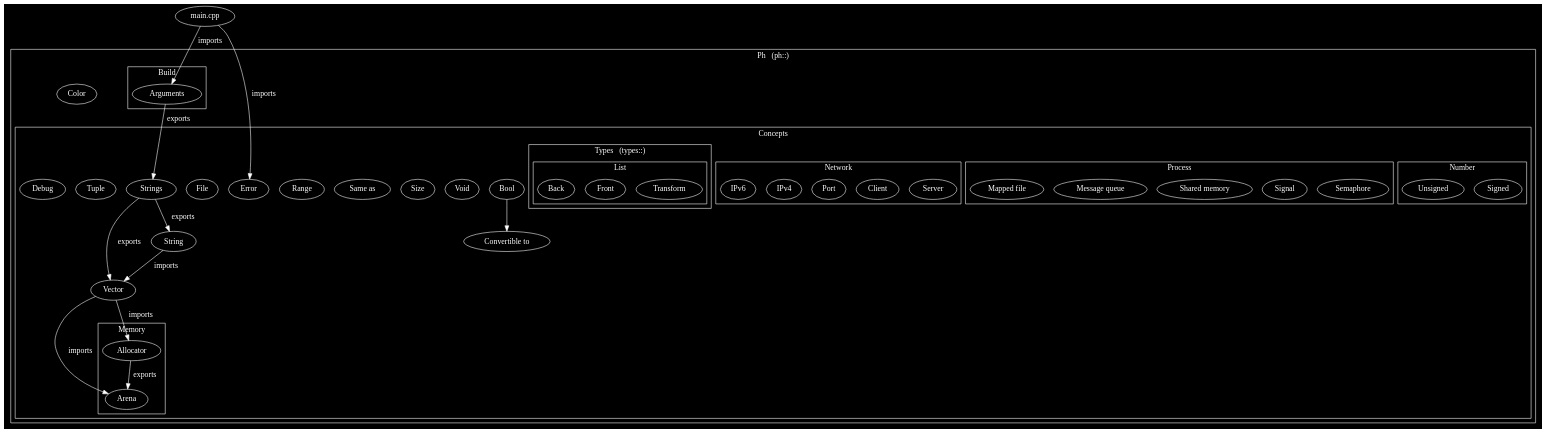
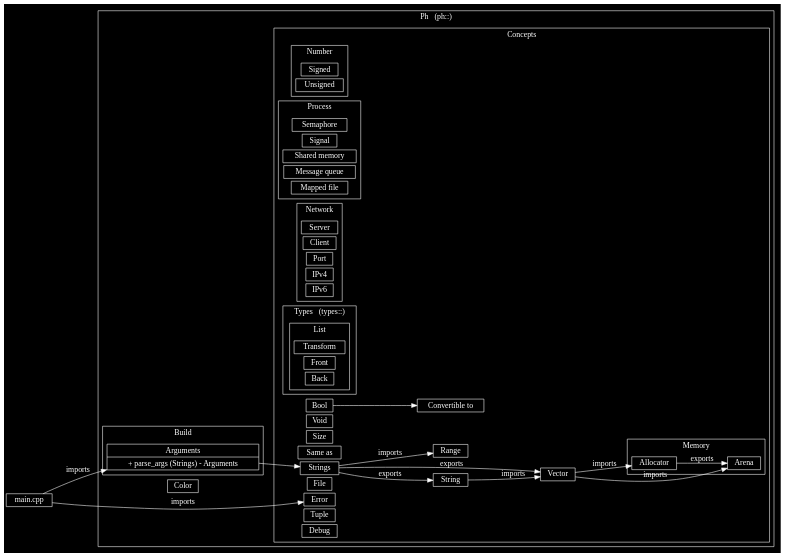
Before and after one commit to phiwen96/ph: the first of 9 diagrams in README.md, drawn with Graphviz. The commit also changed 20 other files, not shown here.

```diff
--- a/README.md
+++ b/README.md
@@ -42,6 +42,9 @@
 	graph [bgcolor=black fontcolor=white color=white];
 	node [fillcolor=black style=filled color=white fontcolor=white];
 	edge [color=white fontcolor=white];
+			nodesep=.05;
+			rankdir=LR;
+			node [shape=record,width=.1,height=.1];
 
 	subgraph cluster0
 	{
@@ -71,6 +74,7 @@
 			"String";
 			"Strings" -> "Vector" [label="  exports"];
 			"Strings" -> "String" [label="  exports"];
+			"Strings" -> "Range" [label="  imports"];
 
 			"File";
 			"Error";
@@ -140,11 +144,18 @@
 			}
 		}
 
+
 		subgraph cluster01
 		{
+		
 			label = "Build"
+			Arguments [shape=record, label = "<f0> Arguments 
+				|{<f1> + parse_args (Strings) - Arguments }
+			"];
 
-			"Arguments" -> "Strings" [label = "exports"];
+			Arguments -> "Strings"
+
+			
 			
 		}
 
```
